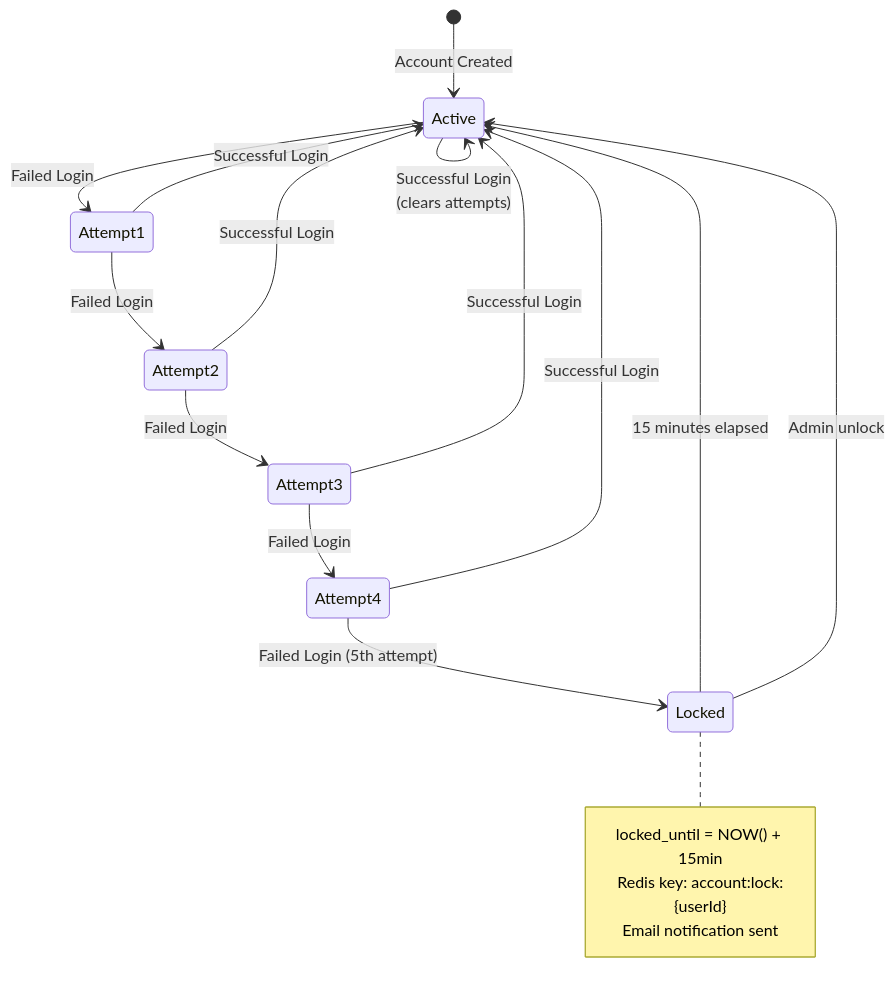
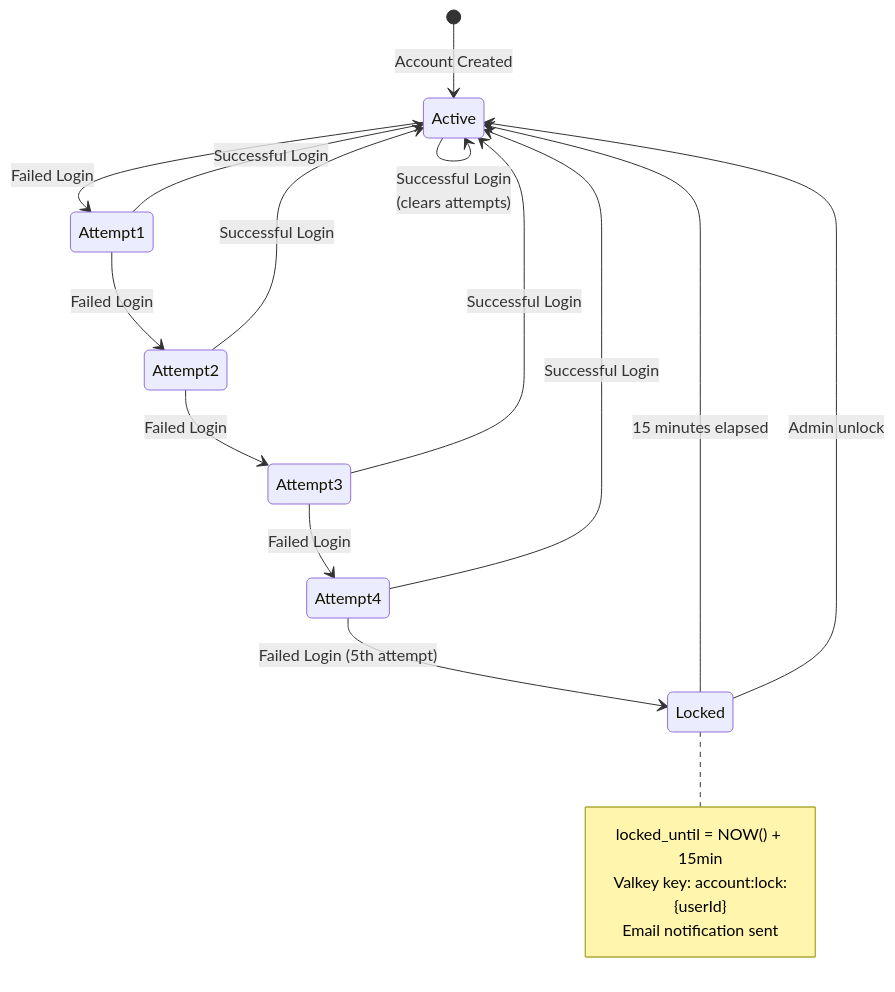
One commit to telemetryflow/telemetryflow-overview changed the sixth of 25 diagrams in architecture/04-SECURITY.md. Above: the diagram before and after it, drawn with Mermaid. The commit also changed other lines of this file and 23 other files, not shown here.

First line of the commit message:
docs: relabel Redis->Valkey in architecture/diagrams/prose (follow-up sweep)

````diff
--- a/architecture/04-SECURITY.md
+++ b/architecture/04-SECURITY.md
@@ -221,25 +221,25 @@
 ```mermaid
 stateDiagram-v2
     [*] --> Active: Account Created
 
     Active --> Attempt1: Failed Login
     Attempt1 --> Attempt2: Failed Login
     Attempt2 --> Attempt3: Failed Login
     Attempt3 --> Attempt4: Failed Login
     Attempt4 --> Locked: Failed Login (5th attempt)
 
     Locked --> Active: 15 minutes elapsed
     Locked --> Active: Admin unlock
 
     Active --> Active: Successful Login<br/>(clears attempts)
     Attempt1 --> Active: Successful Login
     Attempt2 --> Active: Successful Login
     Attempt3 --> Active: Successful Login
     Attempt4 --> Active: Successful Login
 
     note right of Locked
         locked_until = NOW() + 15min
-        Redis key: account:lock:{userId}
+        Valkey key: account:lock:{userId}
         Email notification sent
     end note
 ```
````
